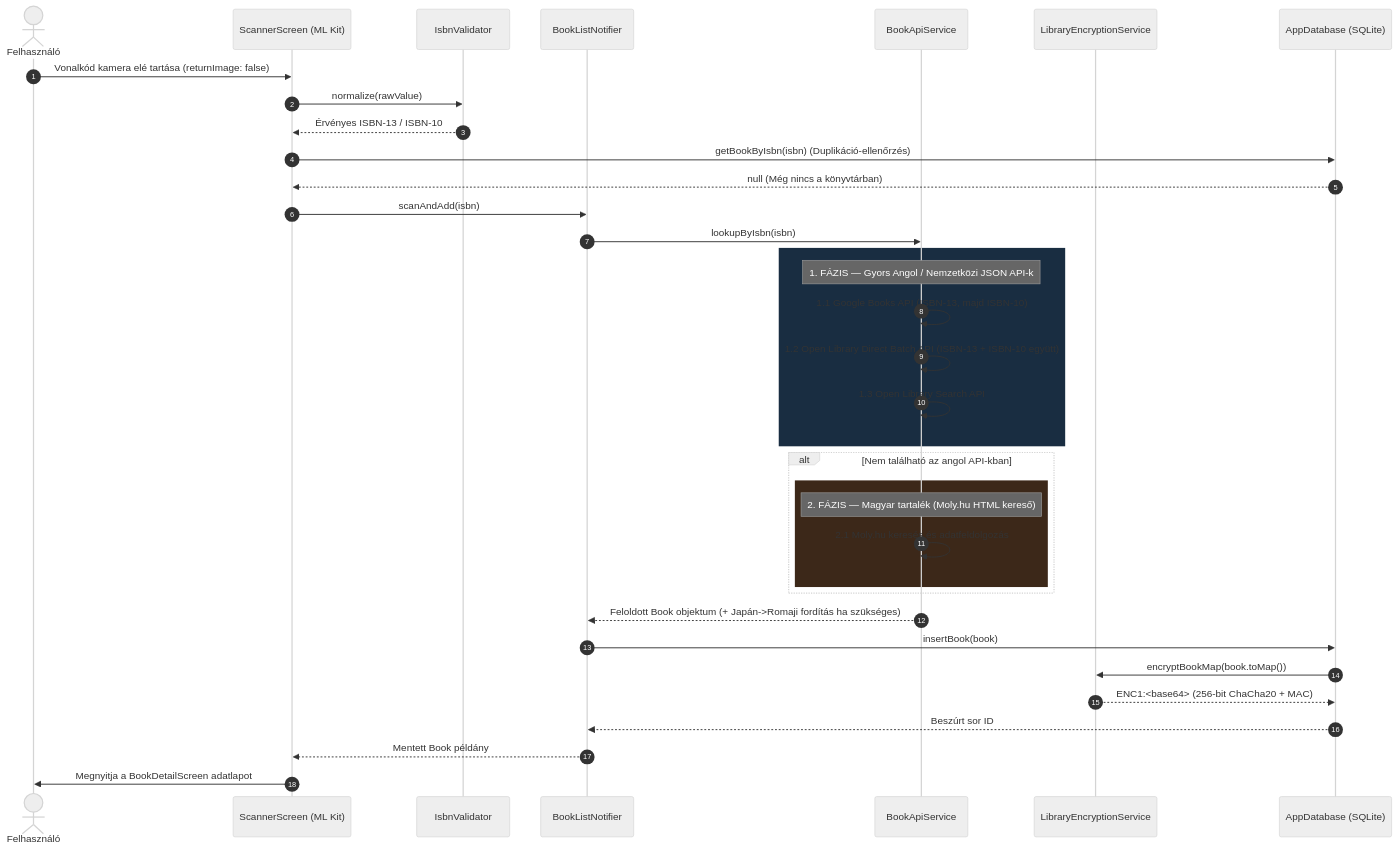
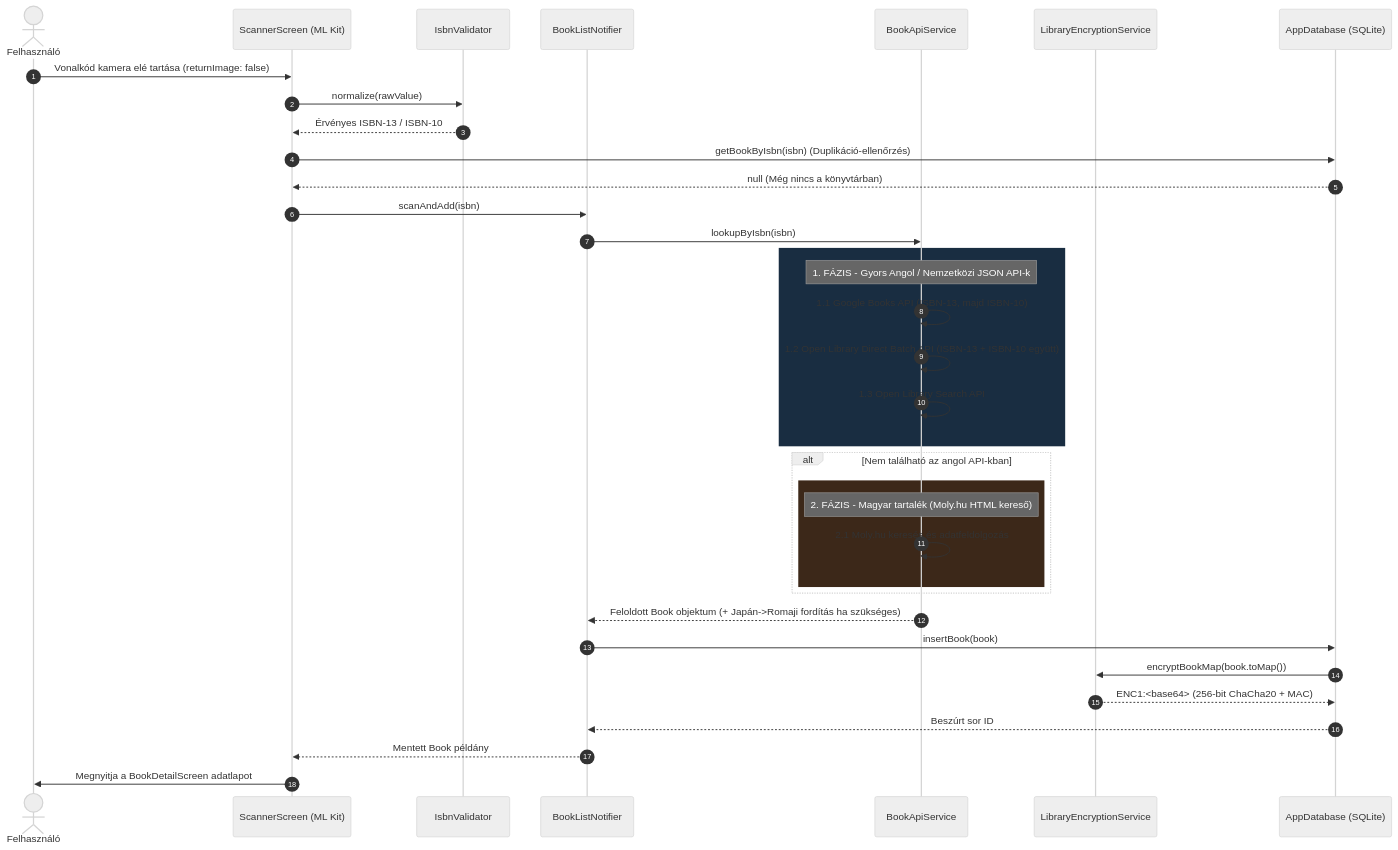
One commit to Lithexf/free_lib_app changed the second of 2 diagrams in docs/02_komponens_es_modul_fuggosegi_graf.md. Above: the diagram before and after it, drawn with Mermaid (neutral theme). The commit also changed 23 other files, not shown here.

````diff
--- a/docs/02_komponens_es_modul_fuggosegi_graf.md
+++ b/docs/02_komponens_es_modul_fuggosegi_graf.md
@@ -101,41 +101,41 @@
 ```mermaid
 sequenceDiagram
     autonumber
     actor User as Felhasználó
     participant Scan as ScannerScreen (ML Kit)
     participant Val as IsbnValidator
     participant Notifier as BookListNotifier
     participant Api as BookApiService
     participant Crypto as LibraryEncryptionService
     participant DB as AppDatabase (SQLite)
 
     User->>Scan: Vonalkód kamera elé tartása (returnImage: false)
     Scan->>Val: normalize(rawValue)
     Val-->>Scan: Érvényes ISBN-13 / ISBN-10
     Scan->>DB: getBookByIsbn(isbn) (Duplikáció-ellenőrzés)
     DB-->>Scan: null (Még nincs a könyvtárban)
     Scan->>Notifier: scanAndAdd(isbn)
     Notifier->>Api: lookupByIsbn(isbn)
 
     rect rgb(25, 45, 65)
-        Note over Api: 1. FÁZIS — Gyors Angol / Nemzetközi JSON API-k
+        Note over Api: 1. FÁZIS - Gyors Angol / Nemzetközi JSON API-k
         Api->>Api: 1.1 Google Books API (ISBN-13, majd ISBN-10)
         Api->>Api: 1.2 Open Library Direct Batch API (ISBN-13 + ISBN-10 együtt)
         Api->>Api: 1.3 Open Library Search API
     end
 
     alt Nem található az angol API-kban
         rect rgb(60, 40, 25)
-            Note over Api: 2. FÁZIS — Magyar tartalék (Moly.hu HTML kereső)
+            Note over Api: 2. FÁZIS - Magyar tartalék (Moly.hu HTML kereső)
             Api->>Api: 2.1 Moly.hu keresés és adatfeldolgozás
         end
     end
 
     Api-->>Notifier: Feloldott Book objektum (+ Japán->Romaji fordítás ha szükséges)
     Notifier->>DB: insertBook(book)
     DB->>Crypto: encryptBookMap(book.toMap())
     Crypto-->>DB: ENC1:<base64> (256-bit ChaCha20 + MAC)
     DB-->>Notifier: Beszúrt sor ID
     Notifier-->>Scan: Mentett Book példány
     Scan->>User: Megnyitja a BookDetailScreen adatlapot
 ```
````
